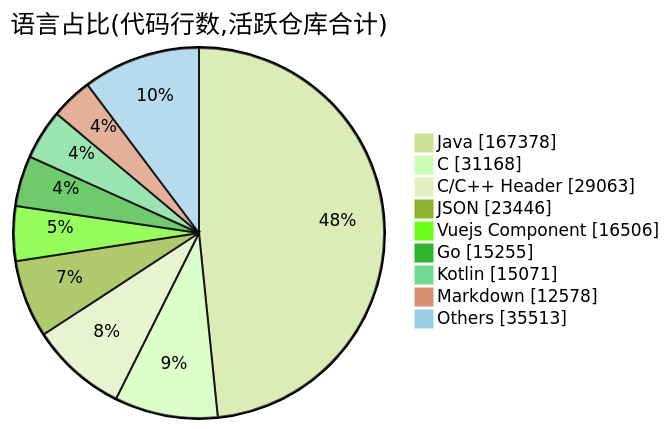
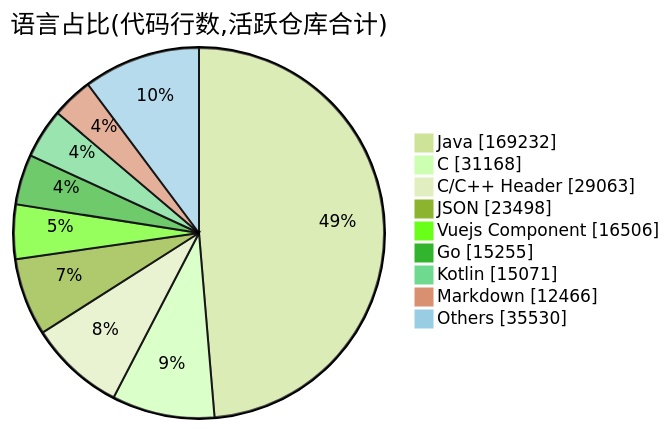
Before and after one commit to Conflux-Union/.github: the second of 2 diagrams in profile/README.md, drawn with Mermaid (forest theme). The commit also changed other lines of this file and 1 other file, not shown here.

````diff
--- a/profile/README.md
+++ b/profile/README.md
@@ -80,13 +80,13 @@
 ```mermaid
 pie showData
     title 语言占比(代码行数,活跃仓库合计)
-    "Java" : 167378
+    "Java" : 169232
     "C" : 31168
     "C/C++ Header" : 29063
-    "JSON" : 23446
+    "JSON" : 23498
     "Vuejs Component" : 16506
     "Go" : 15255
     "Kotlin" : 15071
-    "Markdown" : 12578
-    "Others" : 35513
+    "Markdown" : 12466
+    "Others" : 35530
 ```
````
